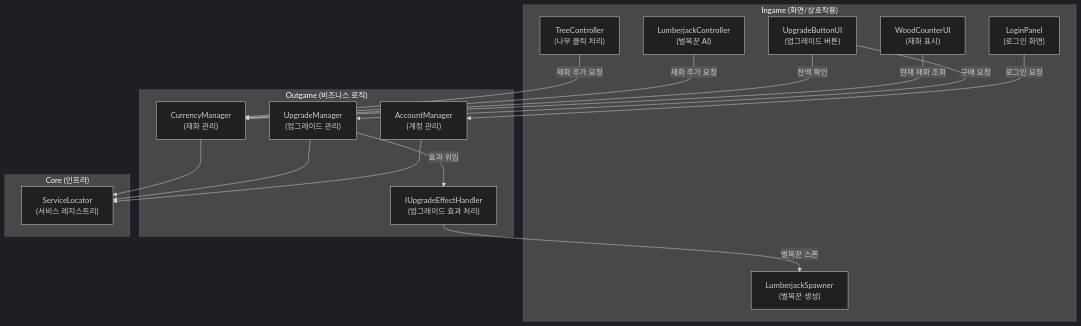
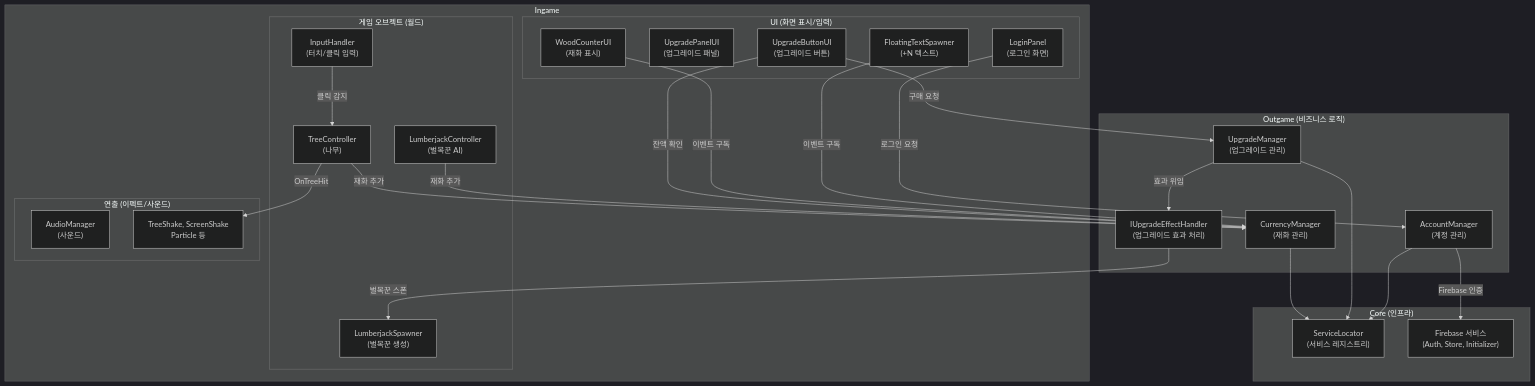
The first of 6 diagrams in Docs/architecture/README-simple.md (ctmanjak/tree_clicker_3d), drawn with Mermaid (dark theme) before and after one commit. The commit also changed other lines of this file and 40 other files, not shown here.

First line of the commit message:
refactor: 모듈 경계 정리 및 UpgradeButtonUI 의존성 개선

````diff
--- a/Docs/architecture/README-simple.md
+++ b/Docs/architecture/README-simple.md
@@ -40,36 +41,63 @@
 ```mermaid
 graph TB
-    subgraph "Ingame (화면/상호작용)"
-        TreeController["TreeController\n(나무 클릭 처리)"]
-        LumberjackController["LumberjackController\n(벌목꾼 AI)"]
-        UpgradeButtonUI["UpgradeButtonUI\n(업그레이드 버튼)"]
-        WoodCounterUI["WoodCounterUI\n(재화 표시)"]
-        LoginPanel["LoginPanel\n(로그인 화면)"]
-        LumberjackSpawner["LumberjackSpawner\n(벌목꾼 생성)"]
+    subgraph Ingame
+        subgraph "UI (화면 표시/입력)"
+            UpgradeButtonUI["UpgradeButtonUI\n(업그레이드 버튼)"]
+            UpgradePanelUI["UpgradePanelUI\n(업그레이드 패널)"]
+            WoodCounterUI["WoodCounterUI\n(재화 표시)"]
+            LoginPanel["LoginPanel\n(로그인 화면)"]
+            FloatingTextSpawner["FloatingTextSpawner\n(+N 텍스트)"]
+        end
+
+        subgraph "게임 오브젝트 (월드)"
+            TreeController["TreeController\n(나무)"]
+            LumberjackController["LumberjackController\n(벌목꾼 AI)"]
+            LumberjackSpawner["LumberjackSpawner\n(벌목꾼 생성)"]
+            InputHandler["InputHandler\n(터치/클릭 입력)"]
+        end
+
+        subgraph "연출 (이펙트/사운드)"
+            AudioManager["AudioManager\n(사운드)"]
+            Effects["TreeShake, ScreenShake\nParticle 등"]
+        end
     end
 
     subgraph "Outgame (비즈니스 로직)"
         CurrencyManager["CurrencyManager\n(재화 관리)"]
         UpgradeManager["UpgradeManager\n(업그레이드 관리)"]
         AccountManager["AccountManager\n(계정 관리)"]
         EffectHandlers["IUpgradeEffectHandler\n(업그레이드 효과 처리)"]
     end
 
     subgraph "Core (인프라)"
         ServiceLocator["ServiceLocator\n(서비스 레지스트리)"]
+        FirebaseServices["Firebase 서비스\n(Auth, Store, Initializer)"]
     end
 
-    TreeController -->|"재화 추가 요청"| CurrencyManager
-    LumberjackController -->|"재화 추가 요청"| CurrencyManager
+    %% 입력 흐름
+    InputHandler -->|"클릭 감지"| TreeController
+
+    %% 게임 오브젝트 → Outgame
+    TreeController -->|"재화 추가"| CurrencyManager
+    LumberjackController -->|"재화 추가"| CurrencyManager
+
+    %% UI → Outgame
     UpgradeButtonUI -->|"구매 요청"| UpgradeManager
     UpgradeButtonUI -->|"잔액 확인"| CurrencyManager
-    WoodCounterUI -->|"현재 재화 조회"| CurrencyManager
+    WoodCounterUI -->|"이벤트 구독"| CurrencyManager
+    FloatingTextSpawner -->|"이벤트 구독"| CurrencyManager
     LoginPanel -->|"로그인 요청"| AccountManager
 
+    %% 게임 오브젝트 → 연출
+    TreeController -->|"OnTreeHit"| Effects
+
+    %% Outgame → Ingame (역방향)
     UpgradeManager -->|"효과 위임"| EffectHandlers
     EffectHandlers -->|"벌목꾼 스폰"| LumberjackSpawner
 
+    %% Outgame → Core
     CurrencyManager --> ServiceLocator
     UpgradeManager --> ServiceLocator
     AccountManager --> ServiceLocator
+    AccountManager -->|"Firebase 인증"| FirebaseServices
 ```
````
